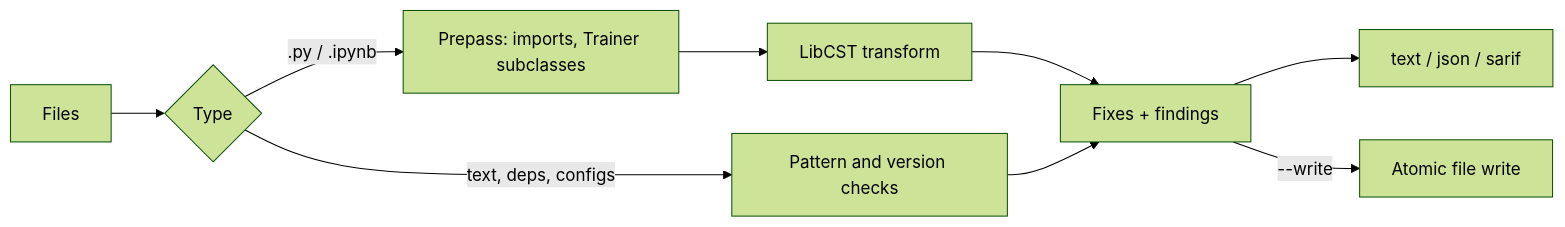
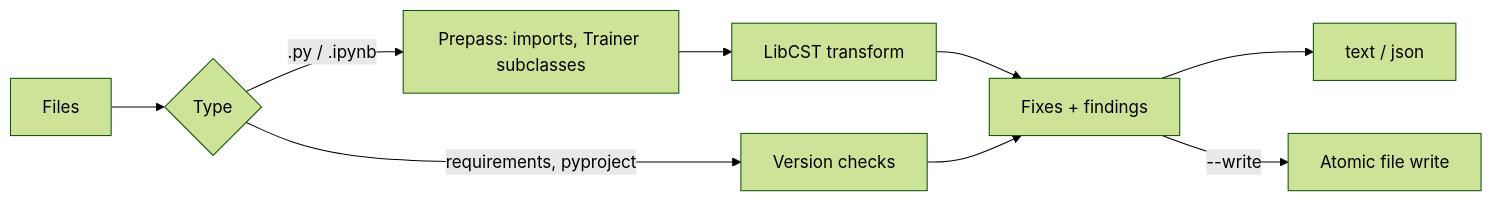
One commit to LeeGyeongPil/transformers-v5-migrate changed the diagram in README.md. Above: the diagram before and after it, drawn with Mermaid (forest theme). The commit also changed other lines of this file and 9 other files, not shown here.

````diff
--- a/README.md
+++ b/README.md
@@ -180,11 +166,11 @@
 ```mermaid
 flowchart LR
   A[Files] --> B{Type}
   B -->|.py / .ipynb| C[Prepass: imports, Trainer subclasses]
   C --> D[LibCST transform]
-  B -->|text, deps, configs| E[Pattern and version checks]
+  B -->|requirements, pyproject| E[Version checks]
   D --> F[Fixes + findings]
   E --> F
-  F --> G[text / json / sarif]
+  F --> G[text / json]
   F -->|--write| H[Atomic file write]
 ```
````
